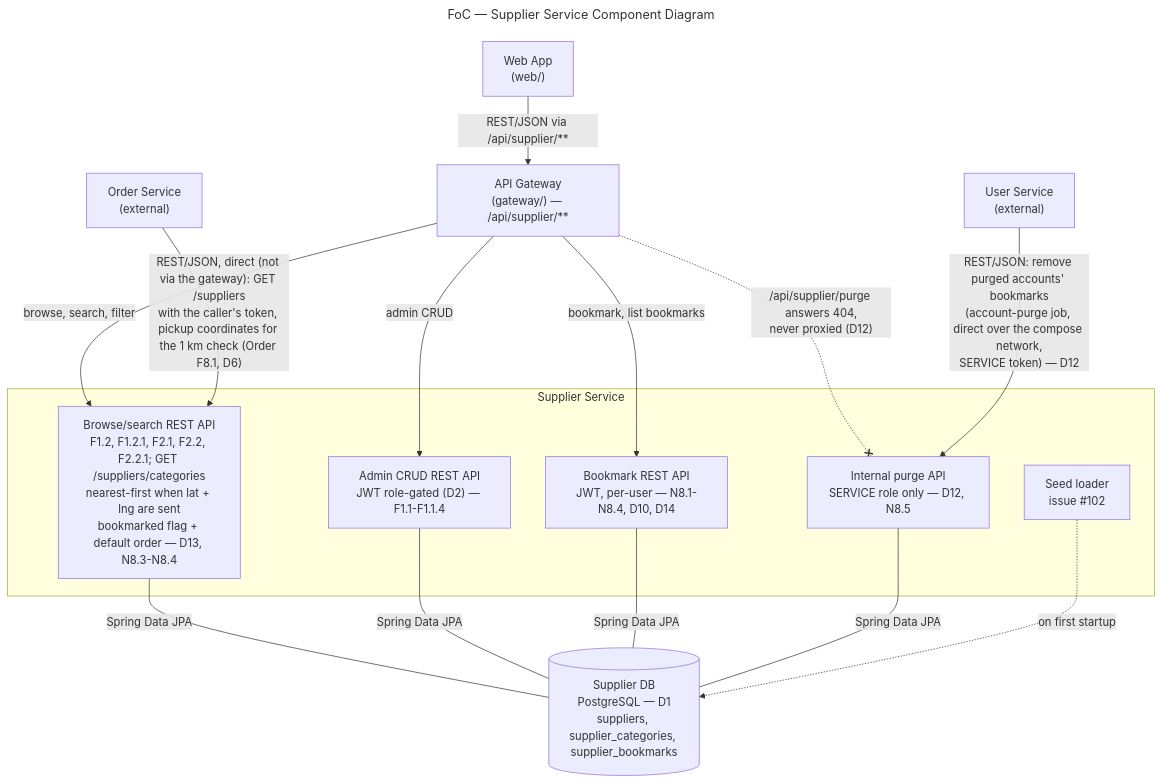
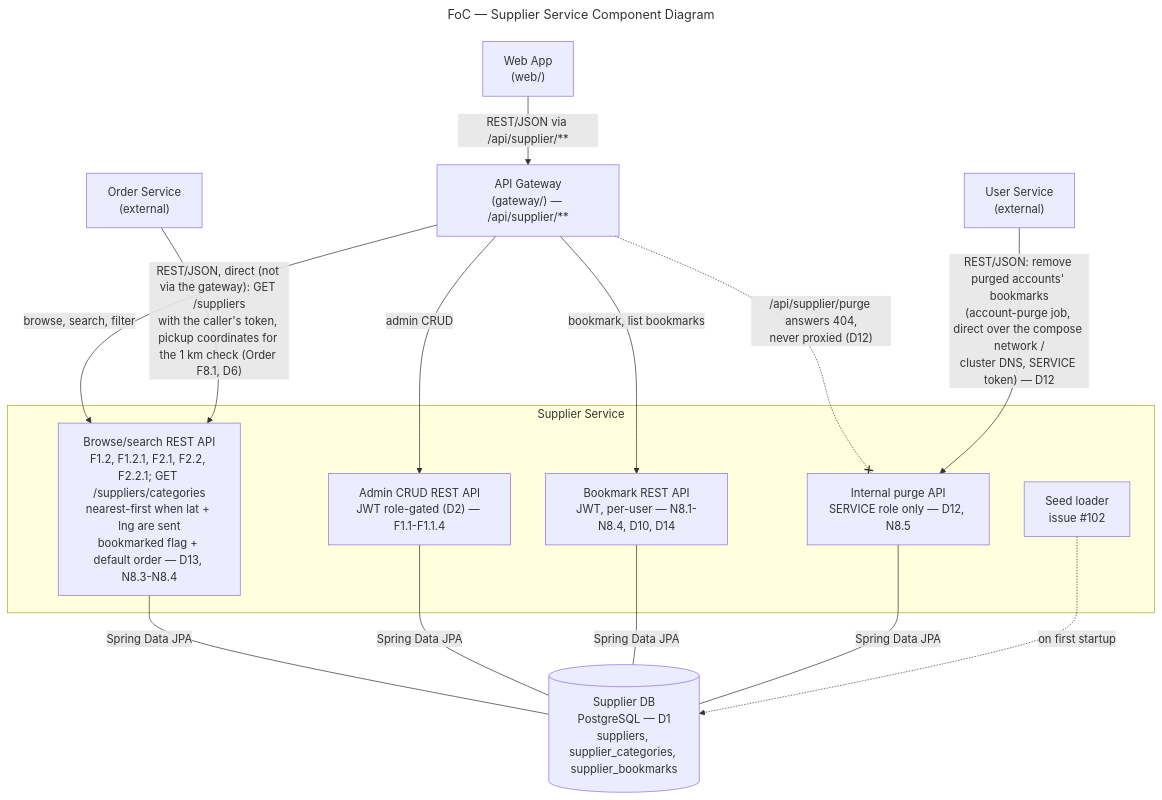
The diagram in docs/supplier-service.mmd (AY2627S1-CS3219-P23/foc), drawn with Mermaid before and after one commit. The commit also changed 6 other files, not shown here.

First line of the commit message:
docs(supplier): fix purge failure branch and wording from PR #328 review (#326)

```diff
--- a/docs/supplier-service.mmd
+++ b/docs/supplier-service.mmd
@@ -1,58 +1,60 @@
 ---
 title: "FoC — Supplier Service Component Diagram"
 ---
 %% AI-assisted (CS3219 AI Usage Policy disclosure):
 %% Tool: Claude, 2026-09-21; revised 2026-09-27 (Claude Code, Sonnet 5).
 %% Scope: Companion diagram to supplier-service.md, drafted from the
 %% team's finalized D1 backlog. Same status as the doc: proposals
 %% pending owner/team review (see supplier-service.md, D1-D8).
 %% 2026-09-27: dropped "zones" from the Supplier DB label — team
 %% decision to drop the zone feature (see supplier-service.md, D4).
 %% 2026-10-19 (Claude Code, Sonnet 5.5): bookmark API and table added
 %% for N8 (see supplier-service.md, D9-D12). Transcription only.
 %% 2026-10-19: browse/search API label gains the bookmarked flag and
 %% default order (D13). Transcription only.
 %% 2026-10-26 (Claude Code, Sonnet 5.5): internal purge API and the User
 %% Service's call to it added (D12); table name in the DB label.
 %% Transcription only.
 %% 2026-11-10 (Claude Code, Sonnet 5.5), issue #326: the internal
 %% validation/lookup API box removed - no such endpoint exists; order-
 %% service reads pickup coordinates from the existing GET /suppliers
 %% (PR #322, Order F8.1), so the Order Service arrow now points at the
 %% browse/search API. Transcription only.
 %% 2026-11-10, issue #326: browse/search node gains GET /suppliers/categories
 %% and the optional lat/lng nearest-first sort (as built). Transcription only.
 %% 2026-11-10, issue #326: API Gateway node added - web traffic reaches the
 %% service through /api/supplier/**, the gateway answers 404 for
 %% /api/supplier/purge, and the User and Order Service calls bypass it (as
 %% built; docs/gateway.md). Transcription only.
+%% 2026-11-10 (Claude Code, Opus 5.5), PR #328 review: User Service
+%% edge label covers the EKS path too. Transcription only.
 %% Reviewed by: Alastair Tan Choon Wei
 flowchart TB
     WEB["Web App<br/>(web/)"]
     GATEWAY["API Gateway<br/>(gateway/) — /api/supplier/**"]
     ORDER_SVC["Order Service<br/>(external)"]
     USER_SVC["User Service<br/>(external)"]
 
     subgraph SUP["Supplier Service"]
         API["Browse/search REST API<br/>F1.2, F1.2.1, F2.1, F2.2, F2.2.1; GET /suppliers/categories<br/>nearest-first when lat + lng are sent<br/>bookmarked flag + default order — D13, N8.3-N8.4"]
         ADMIN_API["Admin CRUD REST API<br/>JWT role-gated (D2) — F1.1-F1.1.4"]
         BOOKMARK_API["Bookmark REST API<br/>JWT, per-user — N8.1-N8.4, D10, D14"]
         PURGE_API["Internal purge API<br/>SERVICE role only — D12, N8.5"]
         SEED["Seed loader<br/>issue #102"]
     end
 
     SUP_DB[("Supplier DB<br/>PostgreSQL — D1<br/>suppliers, supplier_categories, supplier_bookmarks")]
 
     WEB -->|"REST/JSON via /api/supplier/**"| GATEWAY
     GATEWAY -->|"browse, search, filter"| API
     GATEWAY -->|"admin CRUD"| ADMIN_API
     GATEWAY -->|"bookmark, list bookmarks"| BOOKMARK_API
     GATEWAY -.-x|"/api/supplier/purge answers 404,<br/>never proxied (D12)"| PURGE_API
-    USER_SVC -->|"REST/JSON: remove purged accounts' bookmarks<br/>(account-purge job, direct over the compose network,<br/>SERVICE token) — D12"| PURGE_API
+    USER_SVC -->|"REST/JSON: remove purged accounts' bookmarks<br/>(account-purge job, direct over the compose network /<br/>cluster DNS, SERVICE token) — D12"| PURGE_API
     ORDER_SVC -->|"REST/JSON, direct (not via the gateway): GET /suppliers<br/>with the caller's token, pickup coordinates for the 1 km check (Order F8.1, D6)"| API
 
     API ---|"Spring Data JPA"| SUP_DB
     ADMIN_API ---|"Spring Data JPA"| SUP_DB
     BOOKMARK_API ---|"Spring Data JPA"| SUP_DB
     PURGE_API ---|"Spring Data JPA"| SUP_DB
     SEED -.->|"on first startup"| SUP_DB
```
